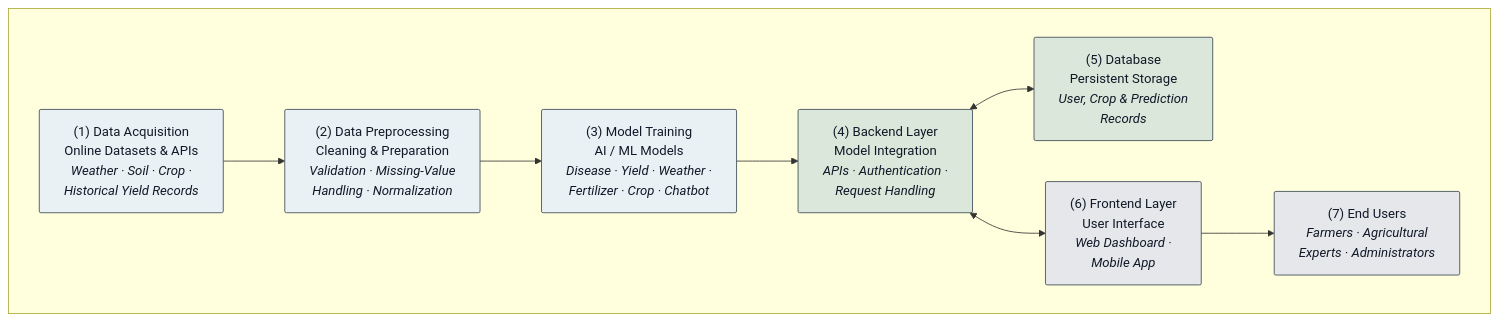
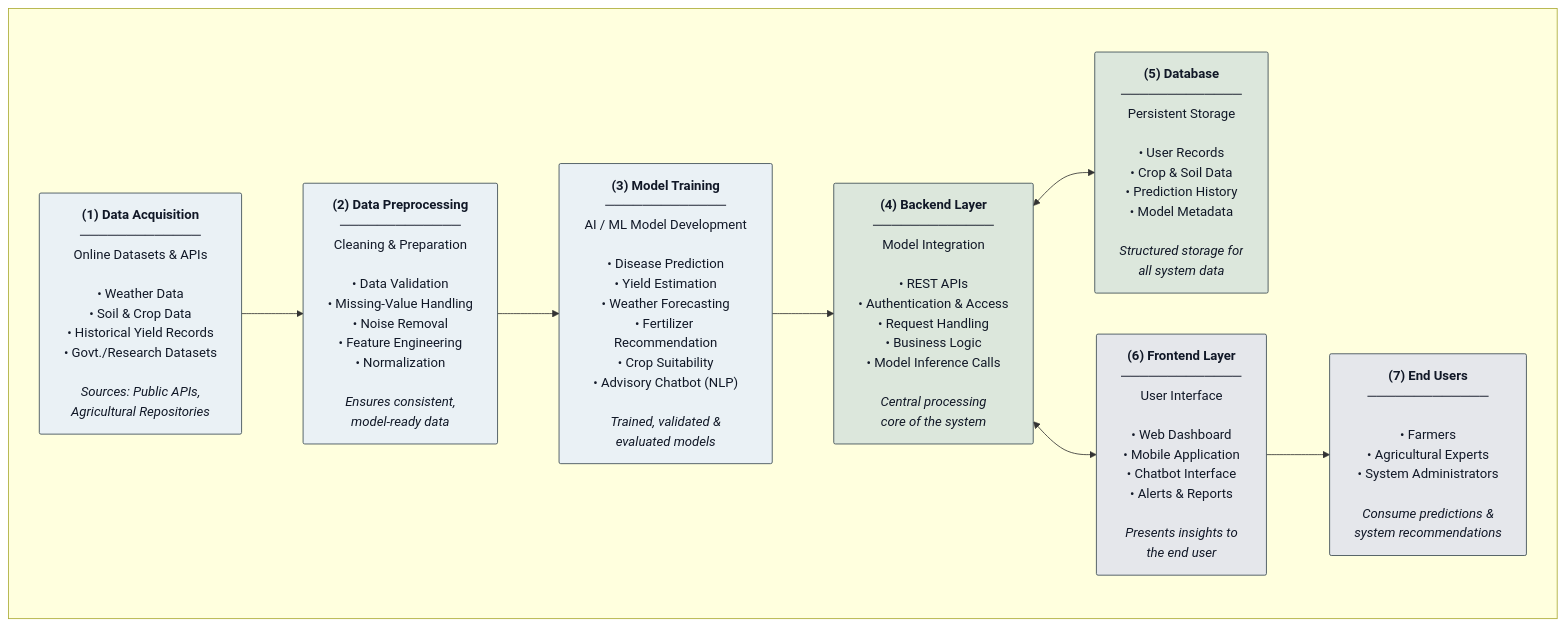
Before and after one commit to mohinideshmukh765/FarmGuide: the diagram in README.md, drawn with Mermaid. The commit also changed other lines of this file, not shown here.

````diff
--- a/README.md
+++ b/README.md
@@ -1,27 +1,33 @@
 ```mermaid
 flowchart LR
   subgraph ARCH[" "]
     direction LR
 
-    A["(1) Data Acquisition<br/>Online Datasets & APIs<br/><i>Weather · Soil · Crop ·<br/>Historical Yield Records</i>"]
-    B["(2) Data Preprocessing<br/>Cleaning & Preparation<br/><i>Validation · Missing-Value<br/>Handling · Normalization</i>"]
-    C["(3) Model Training<br/>AI / ML Models<br/><i>Disease · Yield · Weather ·<br/>Fertilizer · Crop · Chatbot</i>"]
-    D["(4) Backend Layer<br/>Model Integration<br/><i>APIs · Authentication ·<br/>Request Handling</i>"]
-    E["(5) Database<br/>Persistent Storage<br/><i>User, Crop & Prediction<br/>Records</i>"]
-    F["(6) Frontend Layer<br/>User Interface<br/><i>Web Dashboard ·<br/>Mobile App</i>"]
-    G["(7) End Users<br/><i>Farmers · Agricultural<br/>Experts · Administrators</i>"]
+    A["<b>(1) Data Acquisition</b><br/>─────────────<br/>Online Datasets & APIs<br/><br/>• Weather Data<br/>• Soil & Crop Data<br/>• Historical Yield Records<br/>• Govt./Research Datasets<br/><br/><i>Sources: Public APIs,<br/>Agricultural Repositories</i>"]
+
+    B["<b>(2) Data Preprocessing</b><br/>─────────────<br/>Cleaning & Preparation<br/><br/>• Data Validation<br/>• Missing-Value Handling<br/>• Noise Removal<br/>• Feature Engineering<br/>• Normalization<br/><br/><i>Ensures consistent,<br/>model-ready data</i>"]
+
+    C["<b>(3) Model Training</b><br/>─────────────<br/>AI / ML Model Development<br/><br/>• Disease Prediction<br/>• Yield Estimation<br/>• Weather Forecasting<br/>• Fertilizer Recommendation<br/>• Crop Suitability<br/>• Advisory Chatbot (NLP)<br/><br/><i>Trained, validated &<br/>evaluated models</i>"]
+
+    D["<b>(4) Backend Layer</b><br/>─────────────<br/>Model Integration<br/><br/>• REST APIs<br/>• Authentication & Access<br/>• Request Handling<br/>• Business Logic<br/>• Model Inference Calls<br/><br/><i>Central processing<br/>core of the system</i>"]
+
+    E["<b>(5) Database</b><br/>─────────────<br/>Persistent Storage<br/><br/>• User Records<br/>• Crop & Soil Data<br/>• Prediction History<br/>• Model Metadata<br/><br/><i>Structured storage for<br/>all system data</i>"]
+
+    F["<b>(6) Frontend Layer</b><br/>─────────────<br/>User Interface<br/><br/>• Web Dashboard<br/>• Mobile Application<br/>• Chatbot Interface<br/>• Alerts & Reports<br/><br/><i>Presents insights to<br/>the end user</i>"]
+
+    G["<b>(7) End Users</b><br/>─────────────<br/><br/>• Farmers<br/>• Agricultural Experts<br/>• System Administrators<br/><br/><i>Consume predictions &<br/>system recommendations</i>"]
 
     A --> B --> C --> D
     D <--> E
     D <--> F
     F --> G
   end
 
   classDef stage fill:#EAF1F5,color:#111827,stroke:#37474F,stroke-width:1px,rx:2,ry:2;
   classDef core fill:#DCE7DC,color:#111827,stroke:#37474F,stroke-width:1px,rx:2,ry:2;
   classDef user fill:#E5E7EB,color:#111827,stroke:#37474F,stroke-width:1px,rx:2,ry:2;
 
   class A,B,C stage;
   class D,E core;
   class F,G user;
 ```
````
